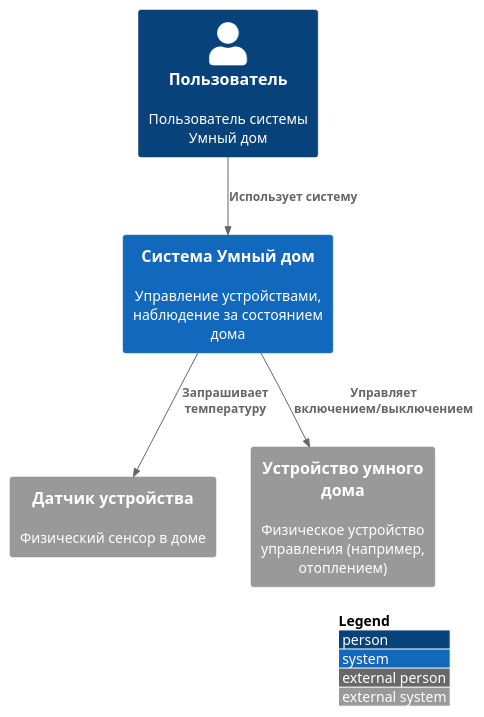
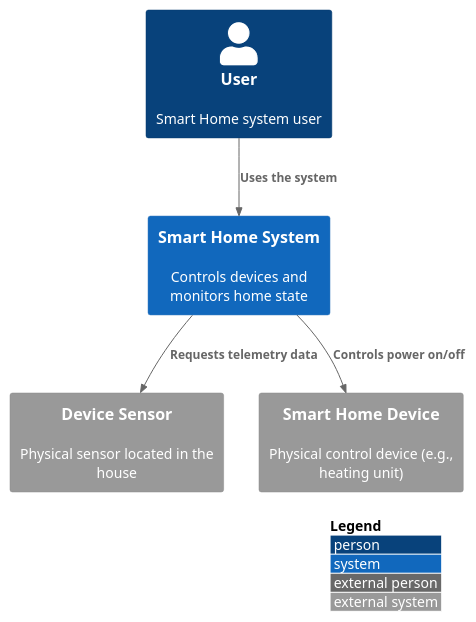
Before and after one commit to vladislavego/architecture-warmhouse: the diagram in docs/diagrams/context/WarmHouse_Context.puml, drawn with PlantUML. The commit also changed 13 other files, not shown here.

```diff
--- a/docs/diagrams/context/WarmHouse_Context.puml
+++ b/docs/diagrams/context/WarmHouse_Context.puml
@@ -1,17 +1,17 @@
 @startuml WarmHouseContext
 !include https://raw.githubusercontent.com/plantuml-stdlib/C4-PlantUML/master/C4_Context.puml
 
 LAYOUT_WITH_LEGEND()
 
-Person(user, "Пользователь", "Пользователь системы Умный дом")
+Person(user, "User", "Smart Home system user")
 
-System(system, "Система Умный дом", "Управление устройствами, наблюдение за состоянием дома")
+System(system, "Smart Home System", "Controls devices and monitors home state")
 
-System_Ext(sensor, "Датчик устройства", "Физический сенсор в доме")
-System_Ext(heater, "Устройство умного дома", "Физическое устройство управления (например, отоплением)")
+System_Ext(sensor, "Device Sensor", "Physical sensor located in the house")
+System_Ext(heater, "Smart Home Device", "Physical control device (e.g., heating unit)")
 
-Rel(user, system, "Использует систему")
-Rel(system, sensor, "Запрашивает температуру")
-Rel(system, heater, "Управляет включением/выключением")
+Rel(user, system, "Uses the system")
+Rel(system, sensor, "Requests telemetry data")
+Rel(system, heater, "Controls power on/off")
 
 @enduml
```
